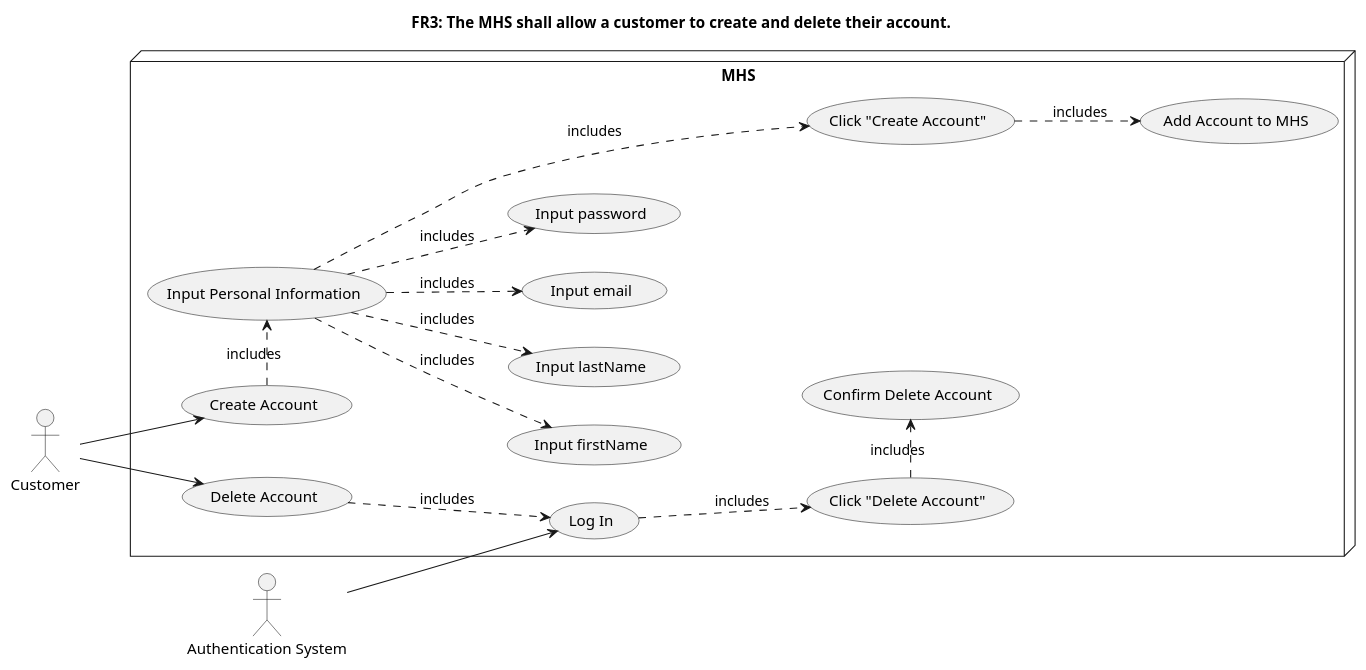
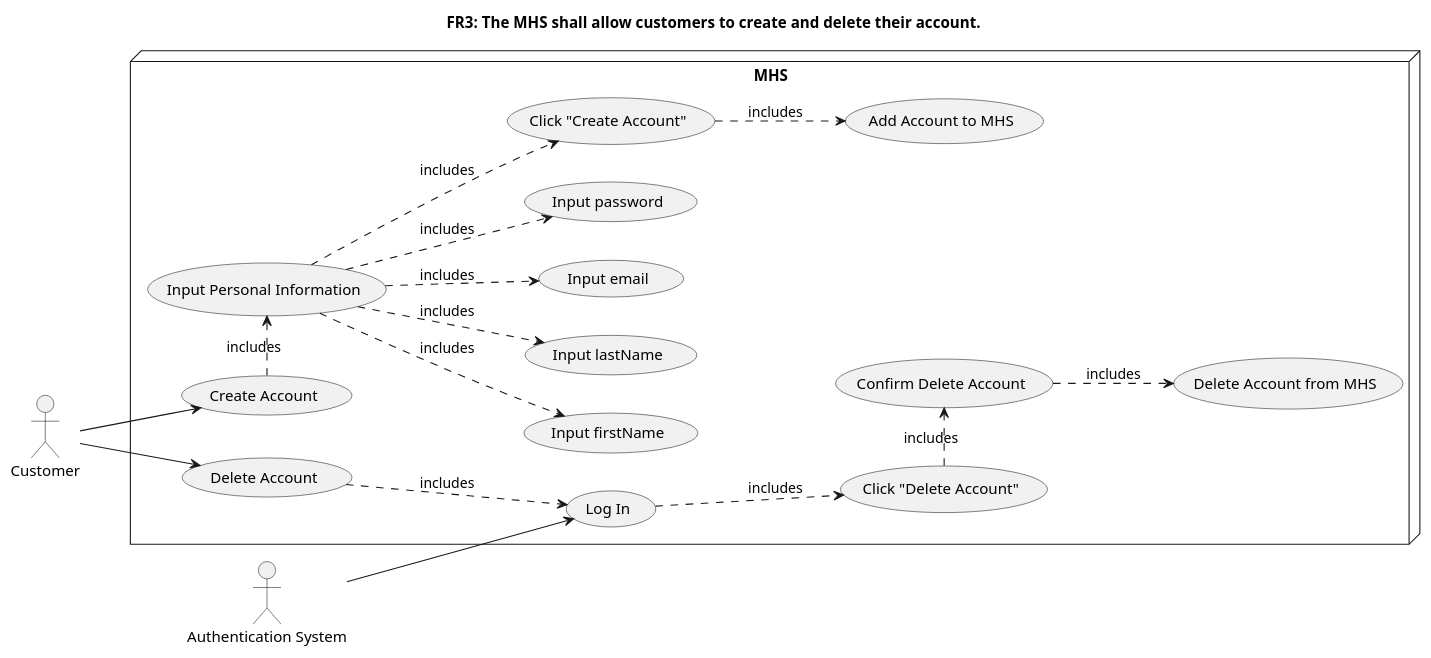
The diagram in documentation/UMLCodes/FR3_UCDiagram.plantuml (notkaramel/ECSE321-Mar1HotelSystem), drawn with PlantUML before and after one commit. The commit also changed 2 other files, not shown here.

Commit message:
Update FR3 UC Diagram

```diff
--- a/documentation/UMLCodes/FR3_UCDiagram.plantuml
+++ b/documentation/UMLCodes/FR3_UCDiagram.plantuml
@@ -1,33 +1,34 @@
-@startuml FR3
-title FR3: The MHS shall allow a customer to create and delete their account.
+@startuml FR3_UCDiagram
+title FR3: The MHS shall allow customers to create and delete their account.
 ' left to right direction
 ' skinparam Linetype ortho
 :Customer: as c
 :Authentication System: as AuthSys
 
 node MHS {
     left to right direction
     (Create Account) as ca
     (Delete Account) as da
     (Input Personal Information) as inPersonalInfo
     inPersonalInfo ..> (Input firstName) : includes
     inPersonalInfo ..> (Input lastName) : includes
     inPersonalInfo ..> (Input email) : includes
     inPersonalInfo ..> (Input password) : includes
     (Log In) as login
     (Click "Create Account") as cca
     cca .down.> (Add Account to MHS) : includes
     (Click "Delete Account") as dca
     dca .> (Confirm Delete Account) : includes
+    (Confirm Delete Account) ..> (Delete Account from MHS) : includes
 }
 
 c -right-> ca
 ca .right.> inPersonalInfo : includes
-inPersonalInfo ...> cca : includes
+inPersonalInfo ..> cca : includes
 c --> da
 da ..> login : includes
 AuthSys --> login
 login ..> dca : includes
 
 
 @enduml
```
